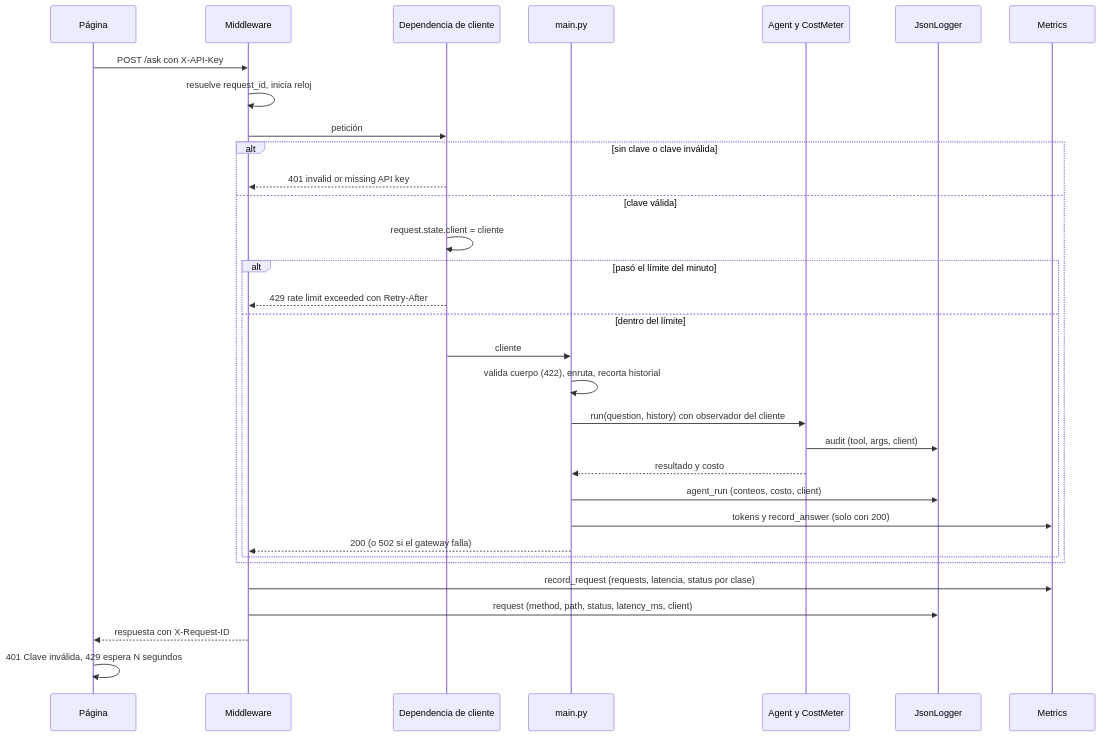
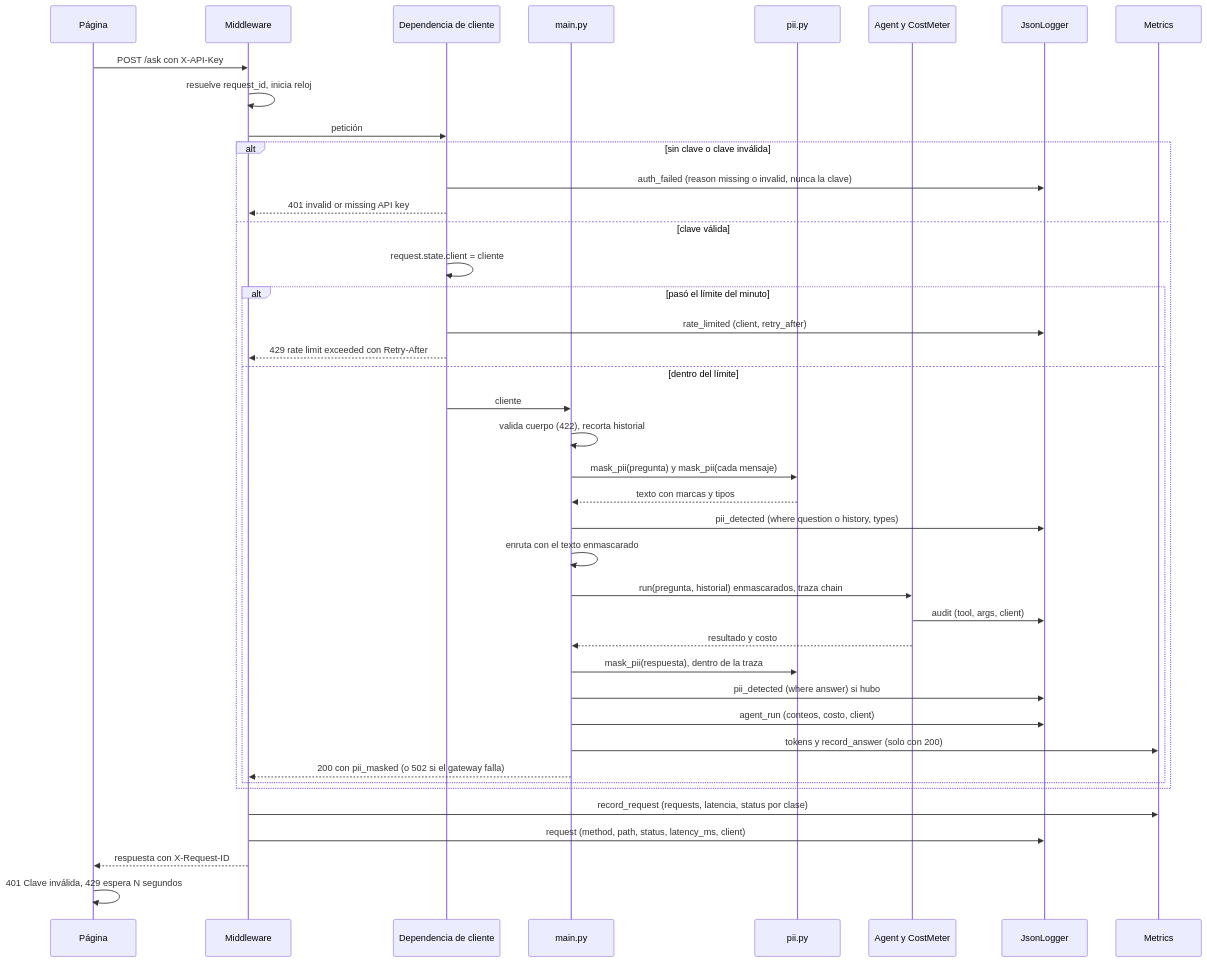
Before and after one commit to EAPH96/Fabric-AI-M4: the second of 8 diagrams in doc/architecture.md, drawn with Mermaid. The commit also changed other lines of this file and 22 other files, not shown here.

````diff
--- a/doc/architecture.md
+++ b/doc/architecture.md
@@ -56,34 +60,43 @@
 ```mermaid
 sequenceDiagram
     participant WEB as Página
     participant MW as Middleware
     participant DEP as Dependencia de cliente
     participant API as main.py
+    participant PII as pii.py
     participant AG as Agent y CostMeter
     participant LOG as JsonLogger
     participant MET as Metrics
     WEB->>MW: POST /ask con X-API-Key
     MW->>MW: resuelve request_id, inicia reloj
     MW->>DEP: petición
     alt sin clave o clave inválida
+        DEP->>LOG: auth_failed (reason missing o invalid, nunca la clave)
         DEP-->>MW: 401 invalid or missing API key
     else clave válida
         DEP->>DEP: request.state.client = cliente
         alt pasó el límite del minuto
+            DEP->>LOG: rate_limited (client, retry_after)
             DEP-->>MW: 429 rate limit exceeded con Retry-After
         else dentro del límite
             DEP->>API: cliente
-            API->>API: valida cuerpo (422), enruta, recorta historial
-            API->>AG: run(question, history) con observador del cliente
+            API->>API: valida cuerpo (422), recorta historial
+            API->>PII: mask_pii(pregunta) y mask_pii(cada mensaje)
+            PII-->>API: texto con marcas y tipos
+            API->>LOG: pii_detected (where question o history, types)
+            API->>API: enruta con el texto enmascarado
+            API->>AG: run(pregunta, historial) enmascarados, traza chain
             AG->>LOG: audit (tool, args, client)
             AG-->>API: resultado y costo
+            API->>PII: mask_pii(respuesta), dentro de la traza
+            API->>LOG: pii_detected (where answer) si hubo
             API->>LOG: agent_run (conteos, costo, client)
             API->>MET: tokens y record_answer (solo con 200)
-            API-->>MW: 200 (o 502 si el gateway falla)
+            API-->>MW: 200 con pii_masked (o 502 si el gateway falla)
         end
     end
     MW->>MET: record_request (requests, latencia, status por clase)
     MW->>LOG: request (method, path, status, latency_ms, client)
     MW-->>WEB: respuesta con X-Request-ID
     WEB->>WEB: 401 Clave inválida, 429 espera N segundos
 ```
````
